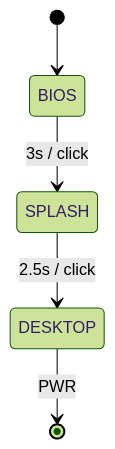
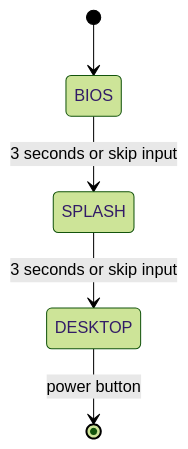
The first of 2 diagrams in README.md (robbie4116/Desktop-Style-OS-Mockup), drawn with Mermaid (forest theme) before and after one commit. The commit also changed other lines of this file and 22 other files, not shown here.

````diff
--- a/README.md
+++ b/README.md
@@ -69,7 +161,7 @@
 ```mermaid
 stateDiagram-v2
   [*] --> BIOS
-  BIOS --> SPLASH: 3s / click
-  SPLASH --> DESKTOP: 2.5s / click
-  DESKTOP --> [*]: PWR
+  BIOS --> SPLASH: 3 seconds or skip input
+  SPLASH --> DESKTOP: 3 seconds or skip input
+  DESKTOP --> [*]: power button
 ```
````
